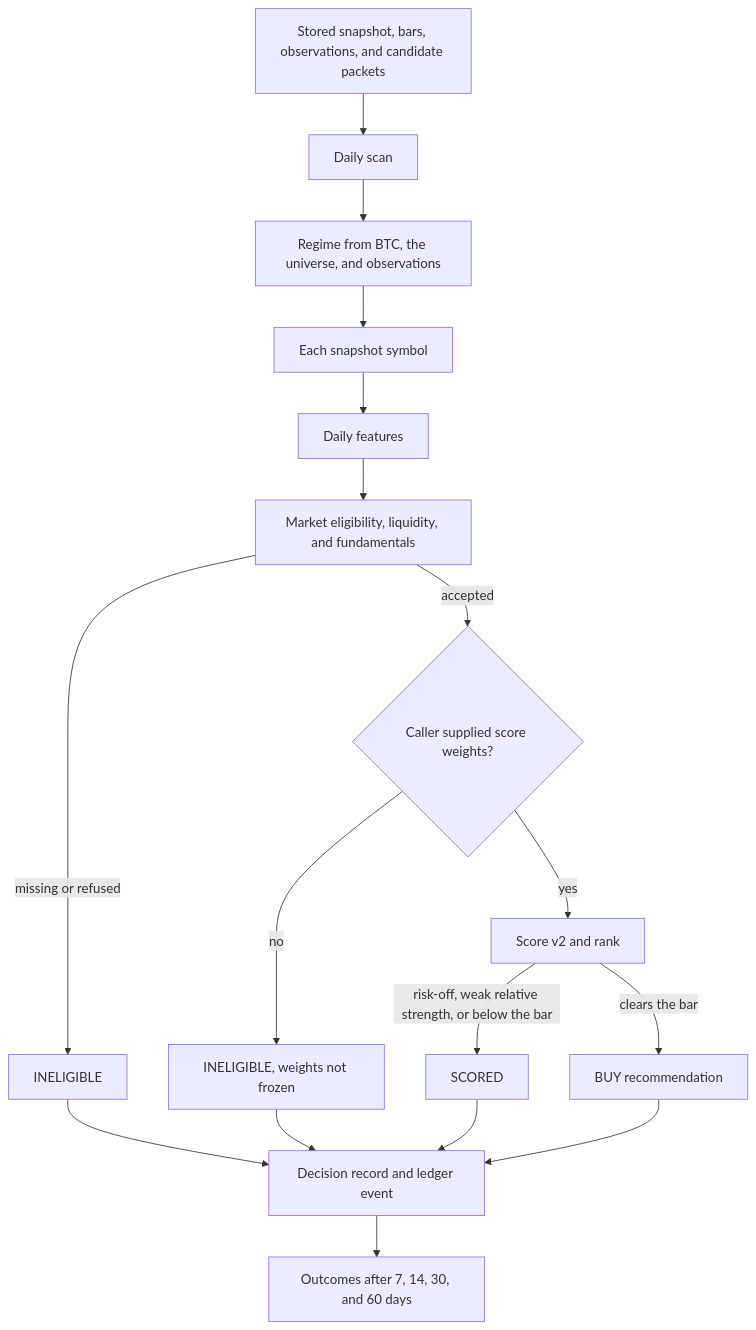
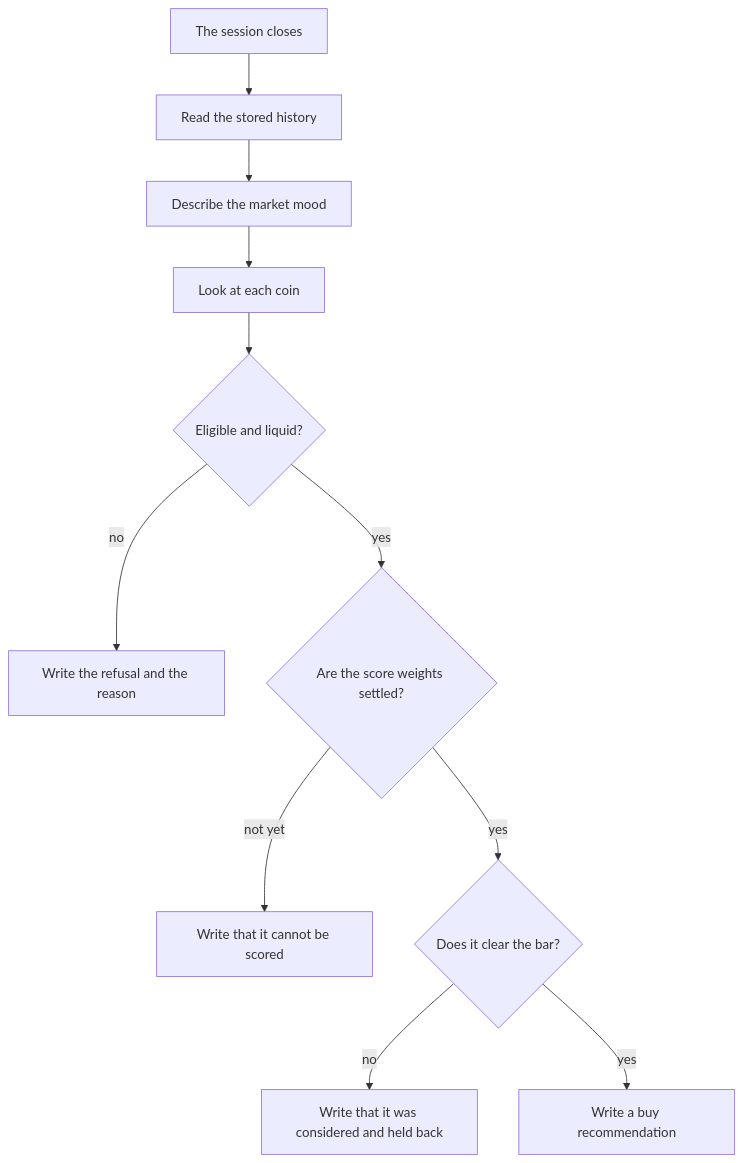
The first of 2 diagrams in README.md (soworks/cripto-intelligence-platform), drawn with Mermaid before and after one commit. The commit also changed other lines of this file and 1 other file, not shown here.

Commit message:
Explain the research book in plain language and keep the engine map with the architecture notes.

````diff
--- a/README.md
+++ b/README.md
@@ -70,19 +31,13 @@
 ```mermaid
 flowchart TD
-  inputs["Stored snapshot, bars, observations, and candidate packets"] --> scan["Daily scan"]
-  scan --> regime["Regime from BTC, the universe, and observations"]
-  regime --> symbol["Each snapshot symbol"]
-  symbol --> features["Daily features"]
-  features --> gates["Market eligibility, liquidity, and fundamentals"]
-  gates -->|missing or refused| ineligible["INELIGIBLE"]
-  gates -->|accepted| weights{"Caller supplied score weights?"}
-  weights -->|no| unfrozen["INELIGIBLE, weights not frozen"]
-  weights -->|yes| rank["Score v2 and rank"]
-  rank -->|risk-off, weak relative strength, or below the bar| scored["SCORED"]
-  rank -->|clears the bar| buy["BUY recommendation"]
-  ineligible --> record["Decision record and ledger event"]
-  unfrozen --> record
-  scored --> record
-  buy --> record
-  record --> outcomes["Outcomes after 7, 14, 30, and 60 days"]
+  close["The session closes"] --> history["Read the stored history"]
+  history --> mood["Describe the market mood"]
+  mood --> coin["Look at each coin"]
+  coin --> gates{"Eligible and liquid?"}
+  gates -->|no| refused["Write the refusal and the reason"]
+  gates -->|yes| weights{"Are the score weights settled?"}
+  weights -->|not yet| unscored["Write that it cannot be scored"]
+  weights -->|yes| rank{"Does it clear the bar?"}
+  rank -->|no| held["Write that it was considered and held back"]
+  rank -->|yes| buy["Write a buy recommendation"]
 ```
````
